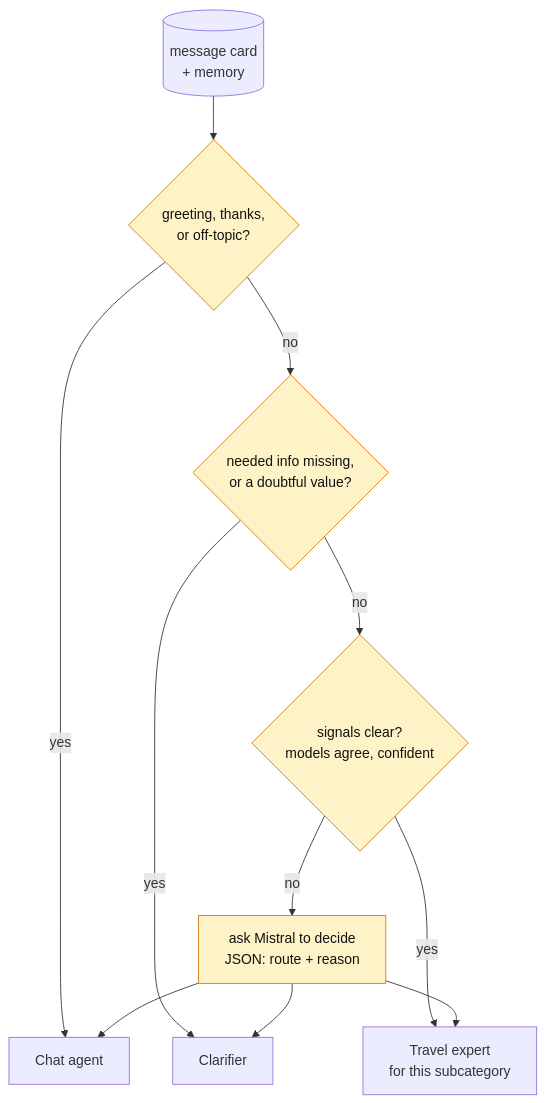
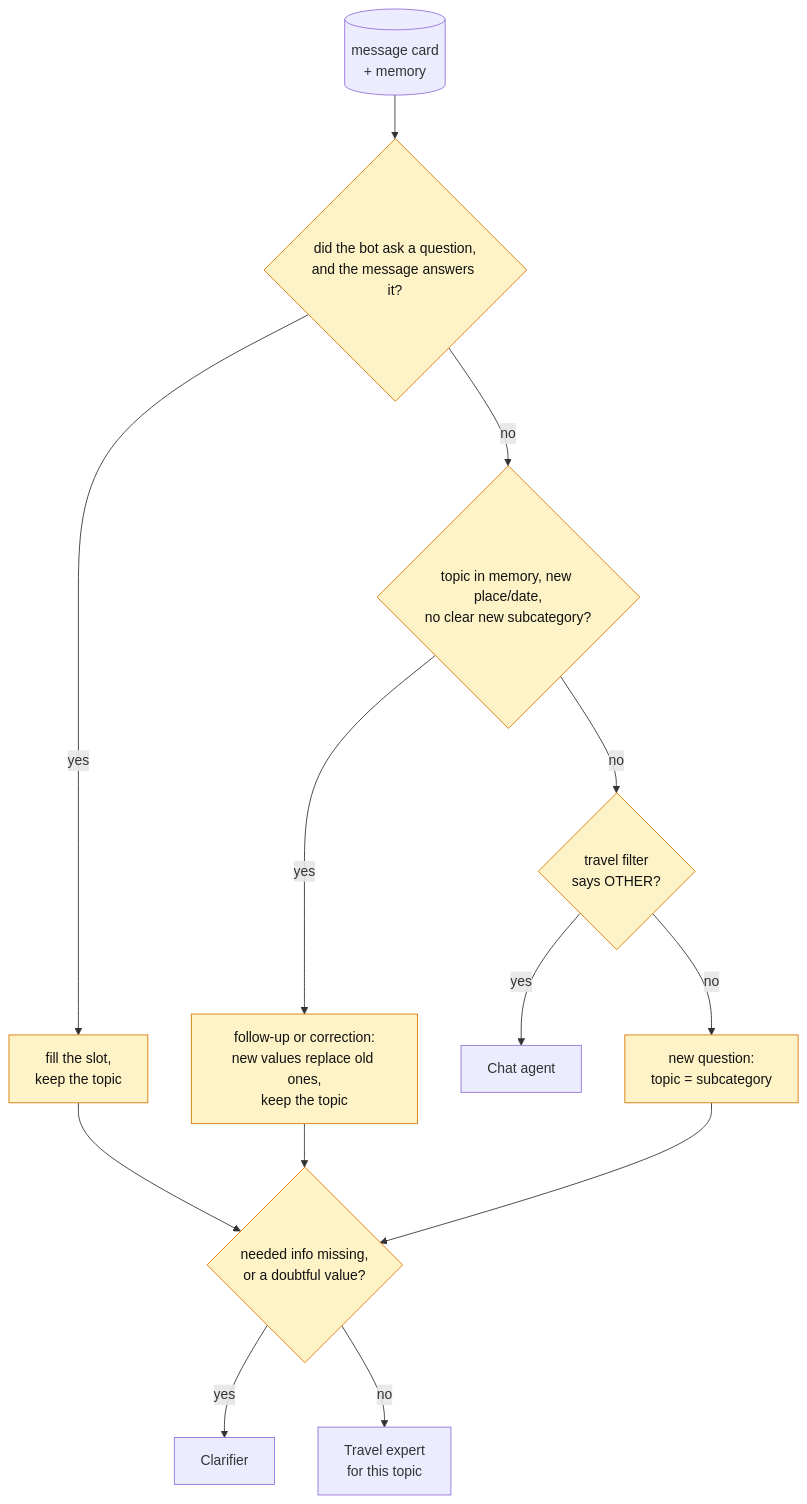
One commit to MohamedBenMaaouia/multilingual-travel-chatbot- changed the third of 5 diagrams in docs/agentic_architecture.md. Above: the diagram before and after it, drawn with Mermaid. The commit also changed other lines of this file and 13 other files, not shown here.

````diff
--- a/docs/agentic_architecture.md
+++ b/docs/agentic_architecture.md
@@ -98,13 +101,18 @@
 ```mermaid
 flowchart TD
-    CARD[(message card<br/>+ memory)] --> Q1{greeting, thanks,<br/>or off-topic?}
+    CARD[(message card<br/>+ memory)] --> M1{did the bot ask a question,<br/>and the message answers it?}
+    M1 -->|yes| FILL[fill the slot,<br/>keep the topic]
+    M1 -->|no| M2{topic in memory, new place/date,<br/>no clear new subcategory?}
+    M2 -->|yes| FILL2[follow-up or correction:<br/>new values replace old ones,<br/>keep the topic]
+    M2 -->|no| Q1{travel filter<br/>says OTHER?}
     Q1 -->|yes| CHAT[Chat agent]
-    Q1 -->|no| Q2{needed info missing,<br/>or a doubtful value?}
+    Q1 -->|no| NEWQ[new question:<br/>topic = subcategory]
+    FILL --> Q2
+    FILL2 --> Q2
+    NEWQ --> Q2{needed info missing,<br/>or a doubtful value?}
     Q2 -->|yes| CLAR[Clarifier]
-    Q2 -->|no| Q3{signals clear?<br/>models agree, confident}
-    Q3 -->|yes| EXP[Travel expert<br/>for this subcategory]
-    Q3 -->|no| LLM[ask Mistral to decide<br/>JSON: route + reason] --> EXP & CLAR & CHAT
+    Q2 -->|no| EXP[Travel expert<br/>for this topic]
 
     classDef decide fill:#fef3c7,stroke:#d97706,color:#111
-    class Q1,Q2,Q3,LLM decide
+    class M1,M2,Q1,Q2,FILL,FILL2,NEWQ decide
 ```
````
